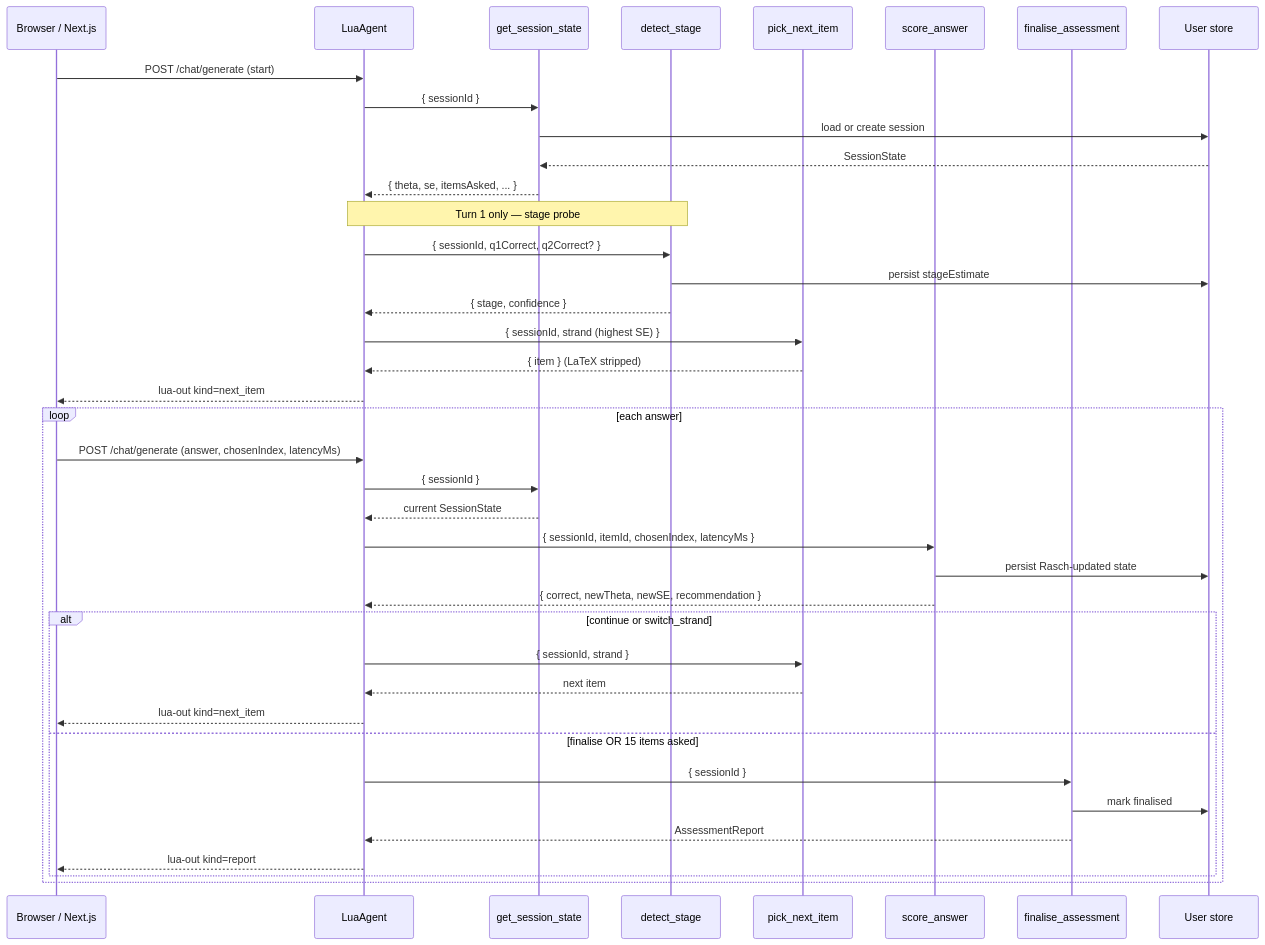
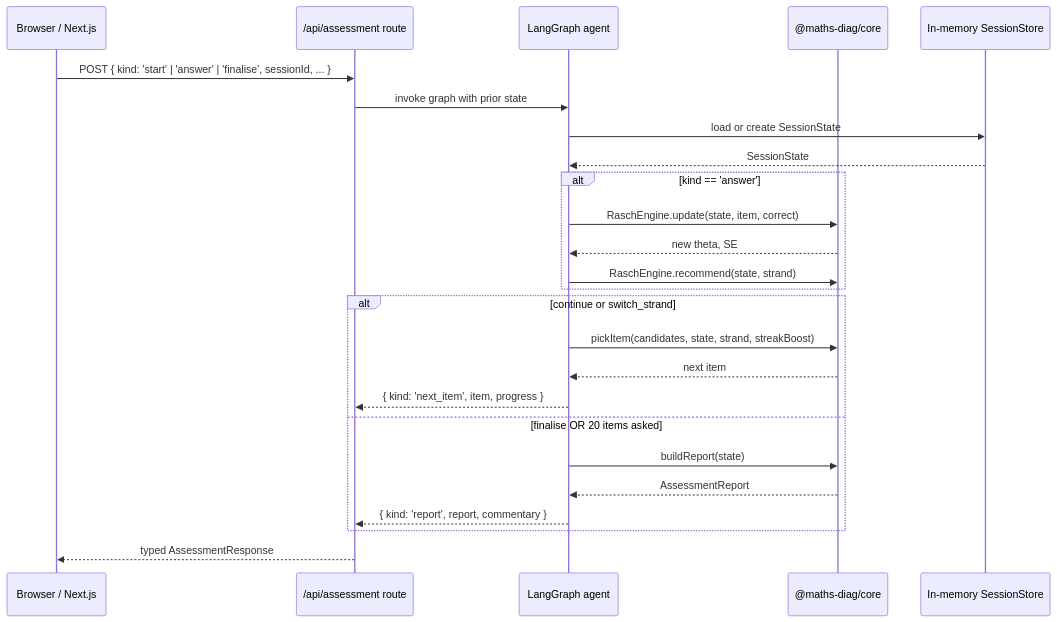
The second of 2 diagrams in README.md (AndriyBabiy/maths-test), drawn with Mermaid before and after one commit. The commit also changed other lines of this file and 77 other files, not shown here.

First line of the commit message:
Build out diagnostic assessment + study plan with PDF export

````diff
--- a/README.md
+++ b/README.md
@@ -36,46 +43,31 @@
 ```mermaid
 sequenceDiagram
     participant UI as Browser / Next.js
-    participant Agent as LuaAgent
-    participant GSS as get_session_state
-    participant DS as detect_stage
-    participant PNI as pick_next_item
-    participant SA as score_answer
-    participant FA as finalise_assessment
-    participant Store as User store
+    participant Route as /api/assessment route
+    participant Graph as LangGraph agent
+    participant Core as @maths-diag/core
+    participant Store as In-memory SessionStore
 
-    UI->>Agent: POST /chat/generate (start)
-    Agent->>GSS: { sessionId }
-    GSS->>Store: load or create session
-    Store-->>GSS: SessionState
-    GSS-->>Agent: { theta, se, itemsAsked, ... }
+    UI->>Route: POST { kind: 'start' | 'answer' | 'finalise', sessionId, ... }
+    Route->>Graph: invoke graph with prior state
+    Graph->>Store: load or create SessionState
+    Store-->>Graph: SessionState
 
-    Note over Agent,DS: Turn 1 only — stage probe
-    Agent->>DS: { sessionId, q1Correct, q2Correct? }
-    DS->>Store: persist stageEstimate
-    DS-->>Agent: { stage, confidence }
+    alt kind == 'answer'
+        Graph->>Core: RaschEngine.update(state, item, correct)
+        Core-->>Graph: new theta, SE
+        Graph->>Core: RaschEngine.recommend(state, strand)
+    end
 
-    Agent->>PNI: { sessionId, strand (highest SE) }
-    PNI-->>Agent: { item } (LaTeX stripped)
-    Agent-->>UI: lua-out kind=next_item
+    alt continue or switch_strand
+        Graph->>Core: pickItem(candidates, state, strand, streakBoost)
+        Core-->>Graph: next item
+        Graph-->>Route: { kind: 'next_item', item, progress }
+    else finalise OR 20 items asked
+        Graph->>Core: buildReport(state)
+        Core-->>Graph: AssessmentReport
+        Graph-->>Route: { kind: 'report', report, commentary }
+    end
 
-    loop each answer
-        UI->>Agent: POST /chat/generate (answer, chosenIndex, latencyMs)
-        Agent->>GSS: { sessionId }
-        GSS-->>Agent: current SessionState
-        Agent->>SA: { sessionId, itemId, chosenIndex, latencyMs }
-        SA->>Store: persist Rasch-updated state
-        SA-->>Agent: { correct, newTheta, newSE, recommendation }
-
-        alt continue or switch_strand
-            Agent->>PNI: { sessionId, strand }
-            PNI-->>Agent: next item
-            Agent-->>UI: lua-out kind=next_item
-        else finalise OR 15 items asked
-            Agent->>FA: { sessionId }
-            FA->>Store: mark finalised
-            FA-->>Agent: AssessmentReport
-            Agent-->>UI: lua-out kind=report
-        end
-    end
+    Route-->>UI: typed AssessmentResponse
 ```
````
